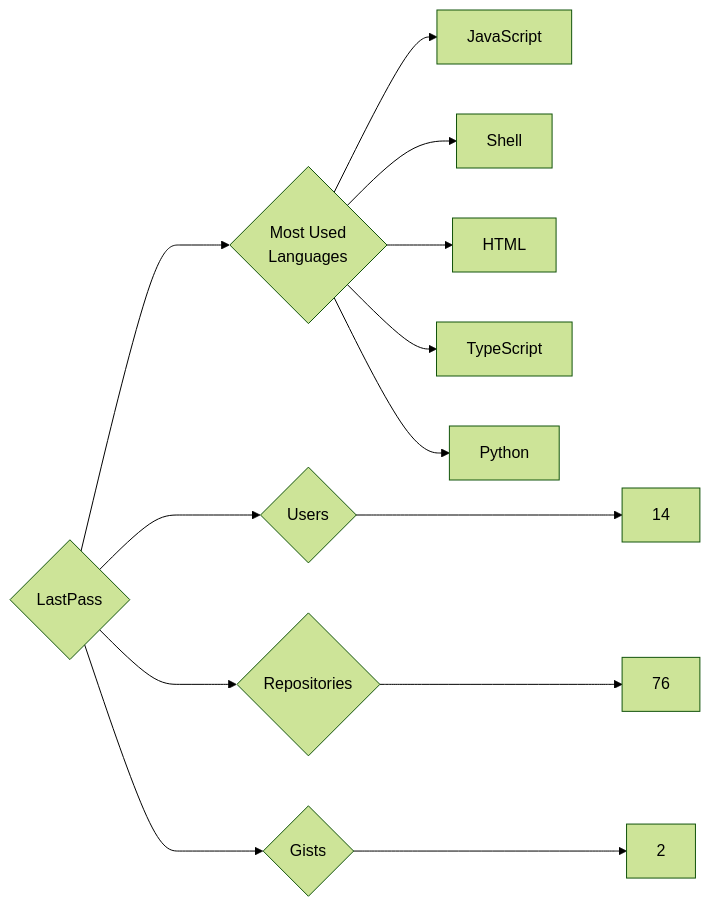
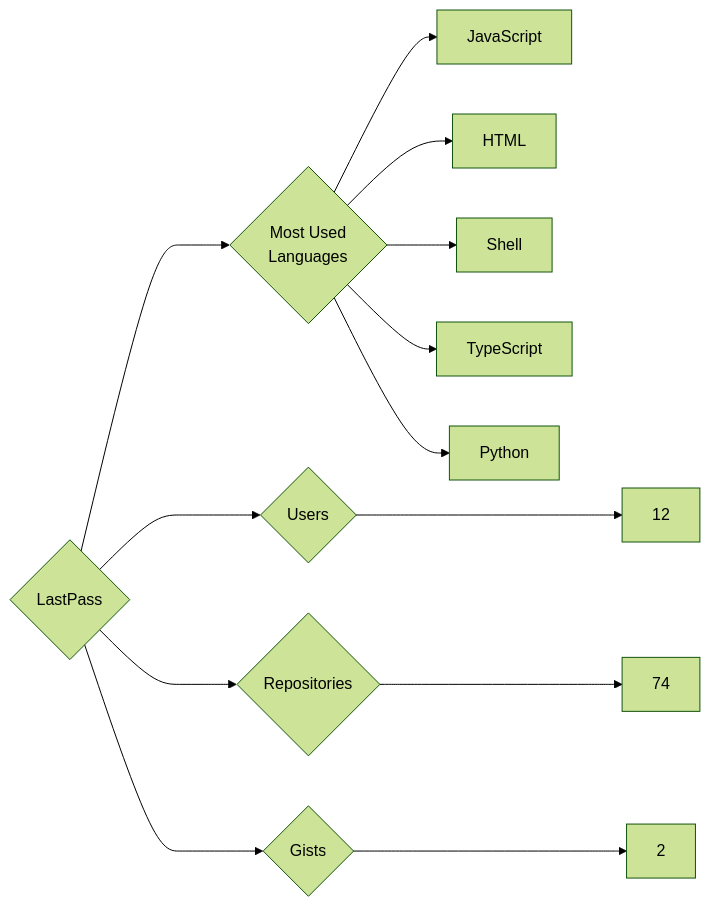
Before and after one commit to trickest/insiders: the diagram in targets/LastPass/README.md, drawn with Mermaid (forest theme). The commit also changed 440 other files, not shown here.

````diff
--- a/targets/LastPass/README.md
+++ b/targets/LastPass/README.md
@@ -3,13 +3,13 @@
 ```mermaid
 graph LR
 COMPANY_NAME{LastPass}
-COMPANY_NAME ---> U{Users} ---> UN[14]
-COMPANY_NAME ---> R{Repositories} ---> RN[76]
+COMPANY_NAME ---> U{Users} ---> UN[12]
+COMPANY_NAME ---> R{Repositories} ---> RN[74]
 COMPANY_NAME ---> G{Gists} ---> GN[2]
 COMPANY_NAME ---> ML{Most Used<br>Languages}
 ML --> JavaScript[JavaScript]
+ML --> HTML[HTML]
 ML --> Shell[Shell]
-ML --> HTML[HTML]
 ML --> TypeScript[TypeScript]
 ML --> Python[Python]
 ```
````
